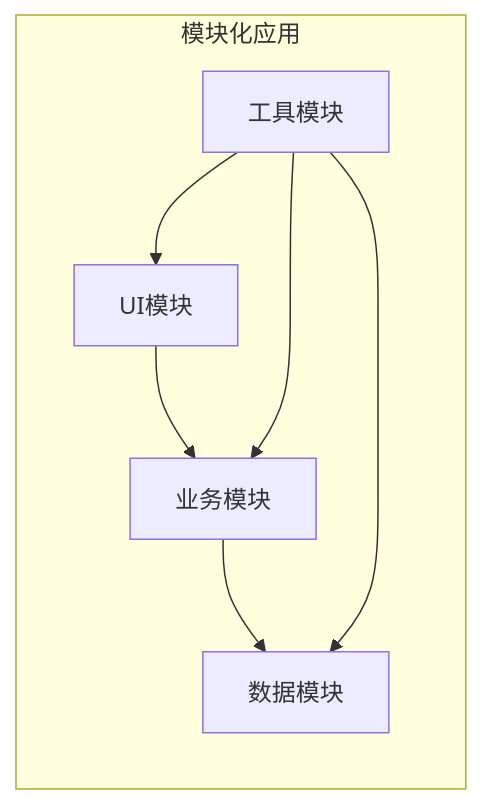
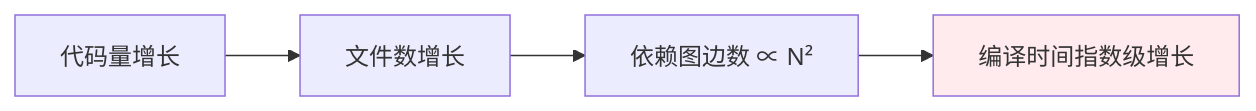
Before and after one commit to chongyang211/YCBookBlog: the second of 15 diagrams in 00.通用技术的提升/07.方案设计思想/卷一-架构与组件/02.组件化方案的设计.md, drawn with Mermaid. The commit also changed other lines of this file and 5 other files, not shown here.

````diff
--- a/00.通用技术的提升/07.方案设计思想/卷一-架构与组件/02.组件化方案的设计.md
+++ b/00.通用技术的提升/07.方案设计思想/卷一-架构与组件/02.组件化方案的设计.md
@@ -189,9 +96,8 @@
 ```mermaid
 graph LR
-    subgraph "模块化应用"
-        B1[UI模块] --> B2[业务模块] --> B3[数据模块]
-        B4[工具模块] --> B1
-        B4 --> B2
-        B4 --> B3
-    end
+    A[代码量增长] --> B[文件数增长]
+    B --> C[依赖图边数 ∝ N²]
+    C --> D[编译时间指数级增长]
+    
+    style D fill:#ffebee
 ```
````
